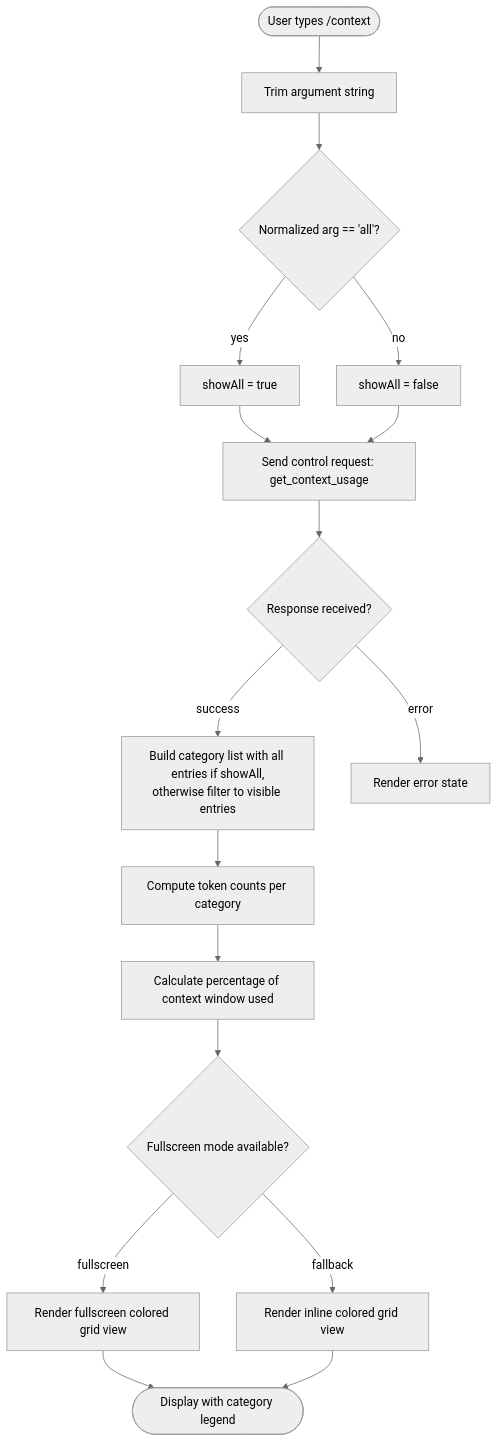
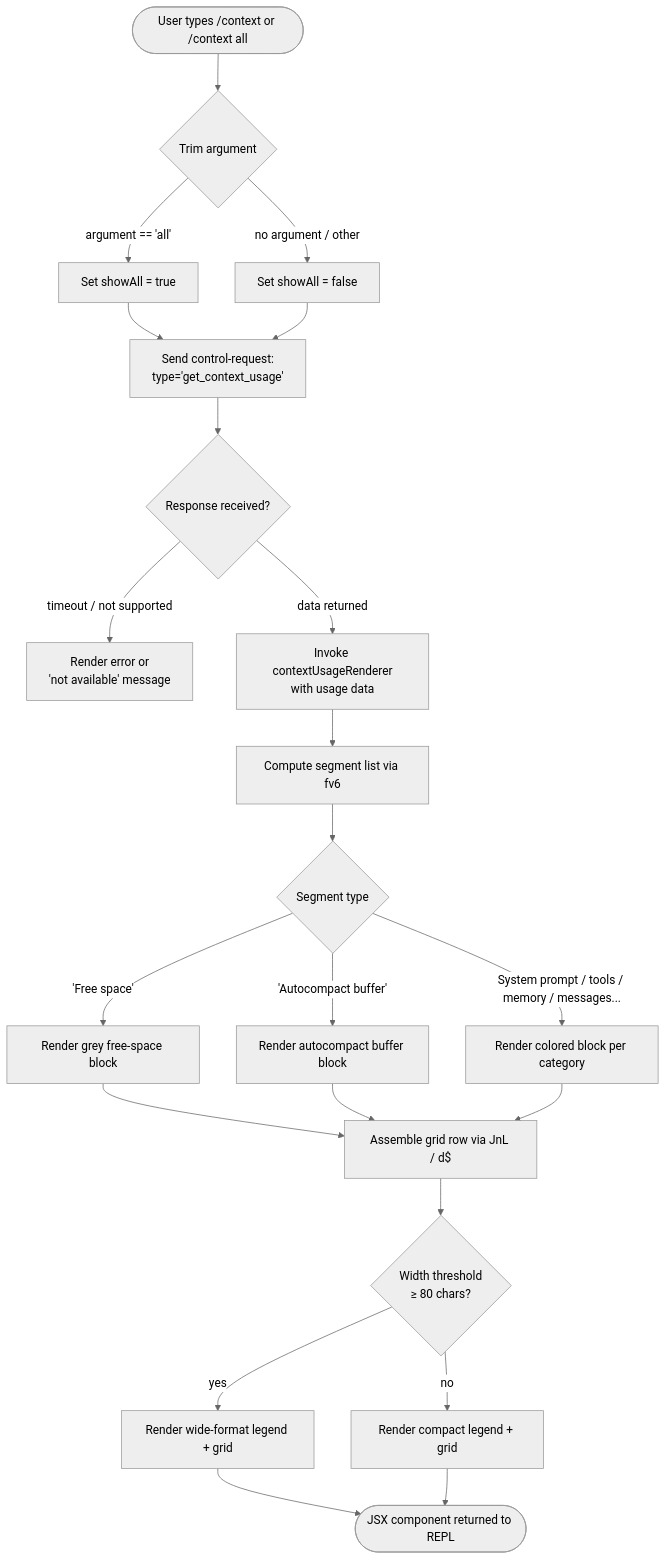
The diagram in versions/v2.1.152/context.md (MyLittleLuckyDog/cc-gnothi), drawn with Mermaid (neutral theme) before and after one commit. The commit also changed other lines of this file and 593 other files, not shown here.

````diff
--- a/versions/v2.1.152/context.md
+++ b/versions/v2.1.152/context.md
@@ -48,19 +56,24 @@
 ```mermaid
 flowchart TD
-    A([User types /context]) --> B[Trim argument string]
-    B --> C{Normalized arg == 'all'?}
-    C -- yes --> D[showAll = true]
-    C -- no --> E[showAll = false]
-    D --> F[Send control request: get_context_usage]
-    E --> F
-    F --> G{Response received?}
-    G -- success --> H[Build category list with all entries if showAll,\notherwise filter to visible entries]
-    G -- error --> I[Render error state]
-    H --> J[Compute token counts per category]
-    J --> K[Calculate percentage of context window used]
-    K --> L{Fullscreen mode available?}
-    L -- fullscreen --> M[Render fullscreen colored grid view]
-    L -- fallback --> N[Render inline colored grid view]
-    M --> O([Display with category legend])
-    N --> O
+    A([User types /context or /context all]) --> B{Trim argument}
+    B -->|argument == 'all'| C[Set showAll = true]
+    B -->|no argument / other| D[Set showAll = false]
+    C --> E[Send control-request:\ntype='get_context_usage']
+    D --> E
+    E --> F{Response received?}
+    F -->|timeout / not supported| G[Render error or\n'not available' message]
+    F -->|data returned| H[Invoke contextUsageRenderer\nwith usage data]
+    H --> I[Compute segment list via fv6]
+    I --> J{Segment type}
+    J -->|'Free space'| K[Render grey free-space block]
+    J -->|'Autocompact buffer'| L[Render autocompact buffer block]
+    J -->|System prompt / tools / memory / messages...| M[Render colored block per category]
+    K --> N[Assemble grid row via JnL / d$]
+    L --> N
+    M --> N
+    N --> O{Width threshold\n≥ 80 chars?}
+    O -->|yes| P[Render wide-format legend + grid]
+    O -->|no| Q[Render compact legend + grid]
+    P --> R([JSX component returned to REPL])
+    Q --> R
 ```
````
